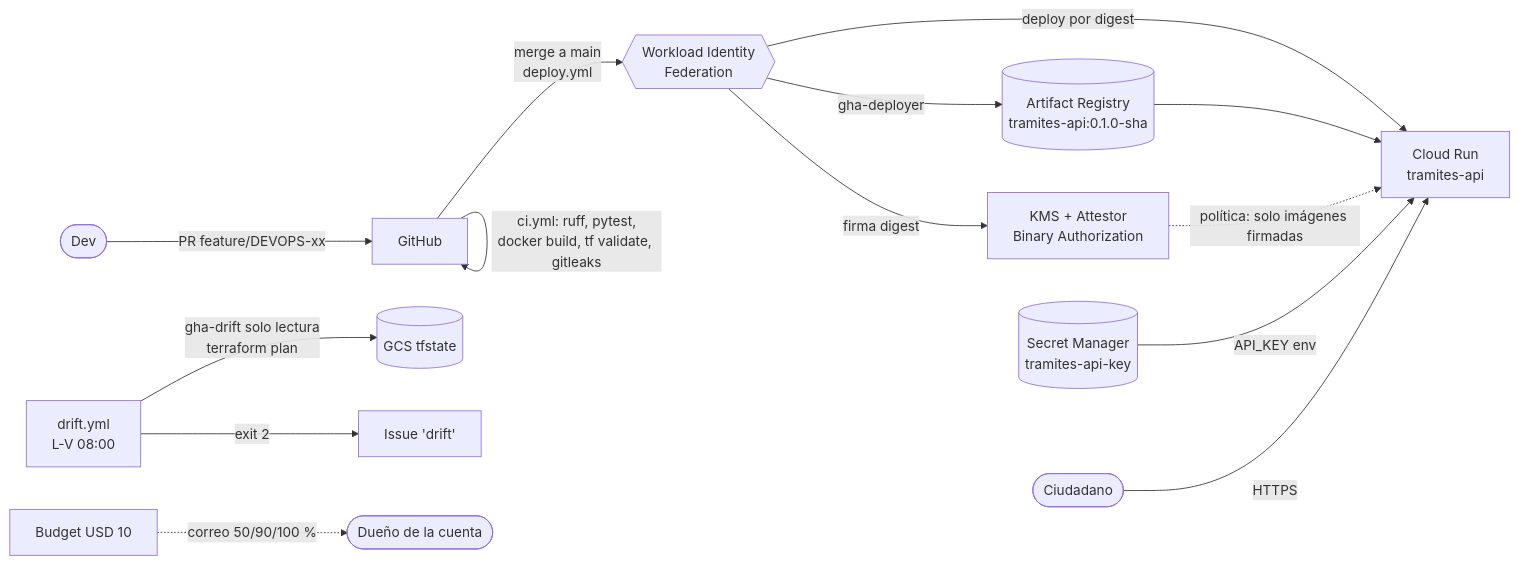
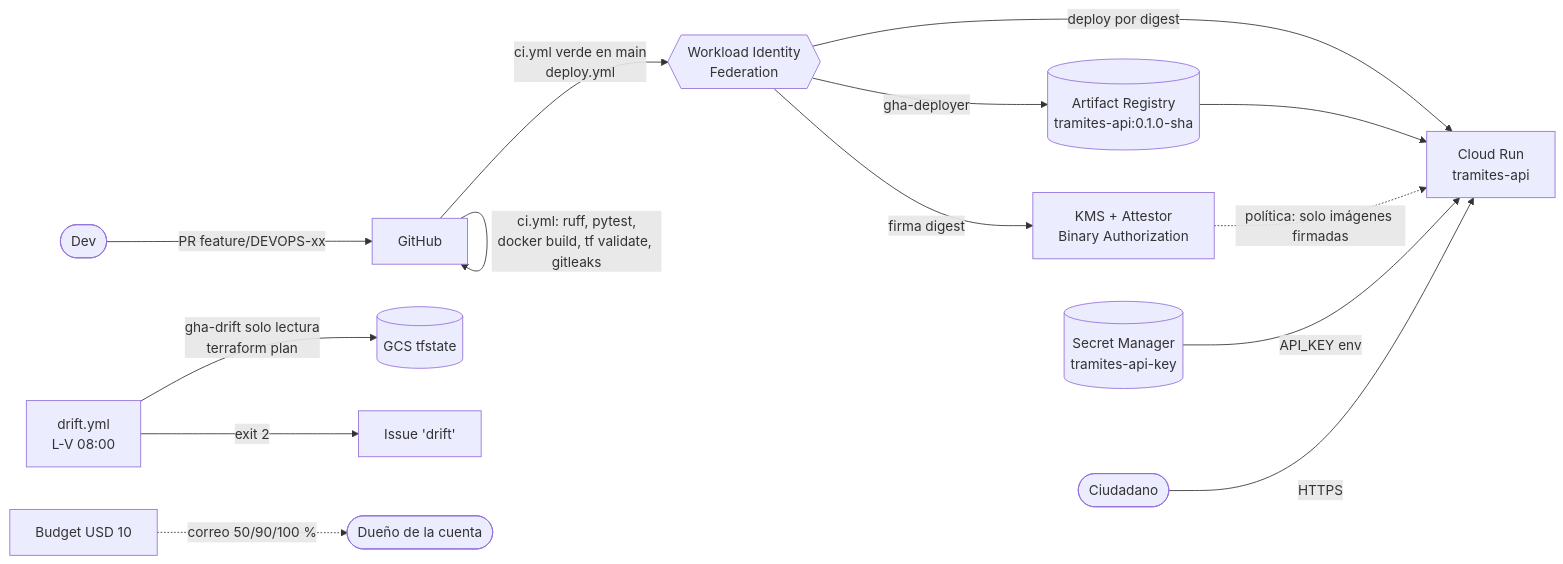
Before and after one commit to nekrerzy/tramites-platform: the diagram in README.md, drawn with Mermaid. The commit also changed other lines of this file and 1 other file, not shown here.

Commit message:
ci: deploy.yml corre solo tras ci verde en main (workflow_run)
Antes ci y deploy se disparaban en paralelo con el mismo push, y deploy
desplegaba aunque ci fallara. Ahora deploy espera a ci, despliega el
commit exacto que ci probó y nunca corre desde PRs ni forks.

Claude-Session: https://claude.ai/code/session_01Jk6X5bWw4DMv4cbCfWoHaW

````diff
--- a/README.md
+++ b/README.md
@@ -17,16 +17,16 @@
 ```mermaid
 flowchart LR
     dev([Dev]) -->|PR feature/DEVOPS-xx| gh[GitHub]
     gh -->|ci.yml: ruff, pytest,<br/>docker build, tf validate, gitleaks| gh
-    gh -->|merge a main<br/>deploy.yml| wif{{Workload Identity<br/>Federation}}
+    gh -->|ci.yml verde en main<br/>deploy.yml| wif{{Workload Identity<br/>Federation}}
     wif -->|gha-deployer| ar[(Artifact Registry<br/>tramites-api:0.1.0-sha)]
     wif -->|firma digest| kms[KMS + Attestor<br/>Binary Authorization]
     wif -->|deploy por digest| run[Cloud Run<br/>tramites-api]
     ar --> run
     kms -. política: solo imágenes firmadas .-> run
     sm[(Secret Manager<br/>tramites-api-key)] -->|API_KEY env| run
     cit([Ciudadano]) -->|HTTPS| run
     cron[drift.yml<br/>L-V 08:00] -->|gha-drift solo lectura<br/>terraform plan| state[(GCS tfstate)]
     cron -->|exit 2| issue[Issue 'drift']
     budget[Budget USD 10] -. correo 50/90/100 % .-> owner([Dueño de la cuenta])
 ```
````
